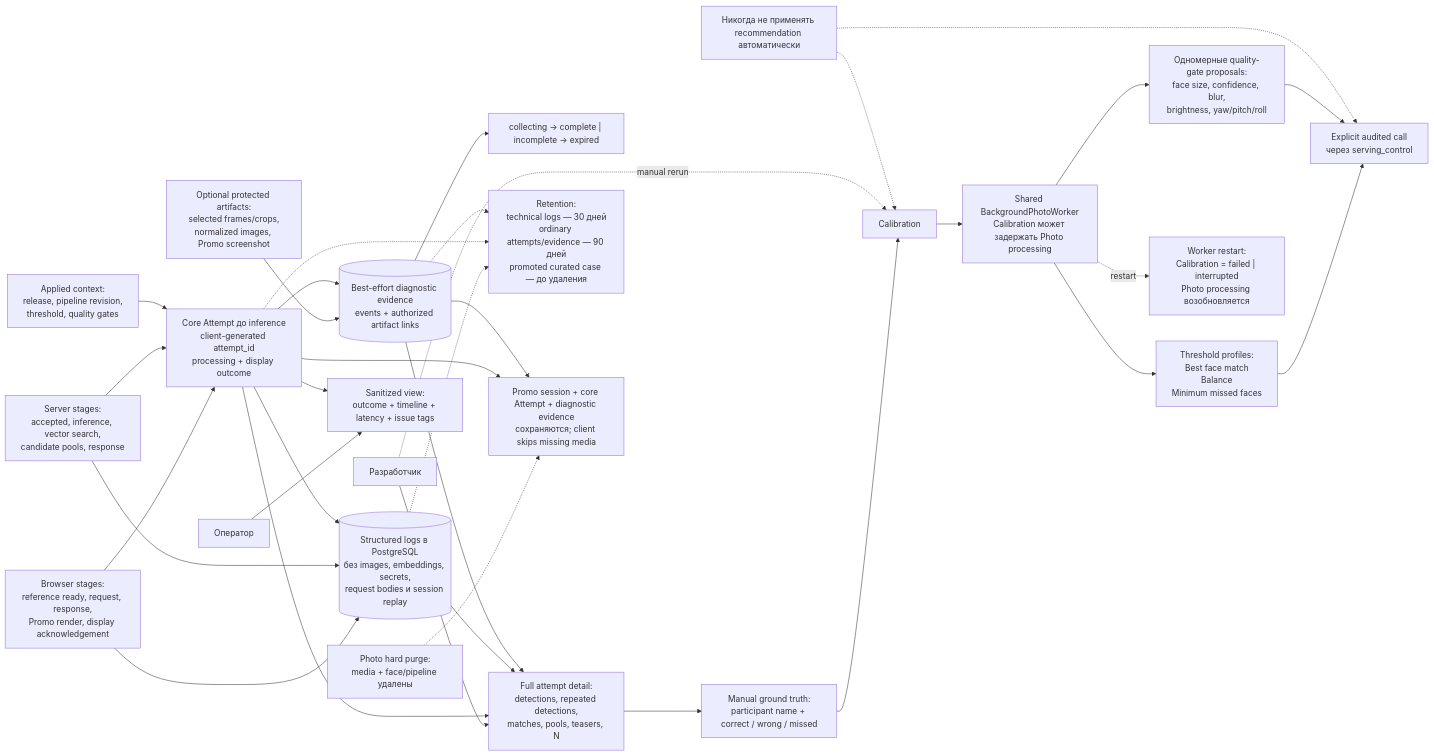
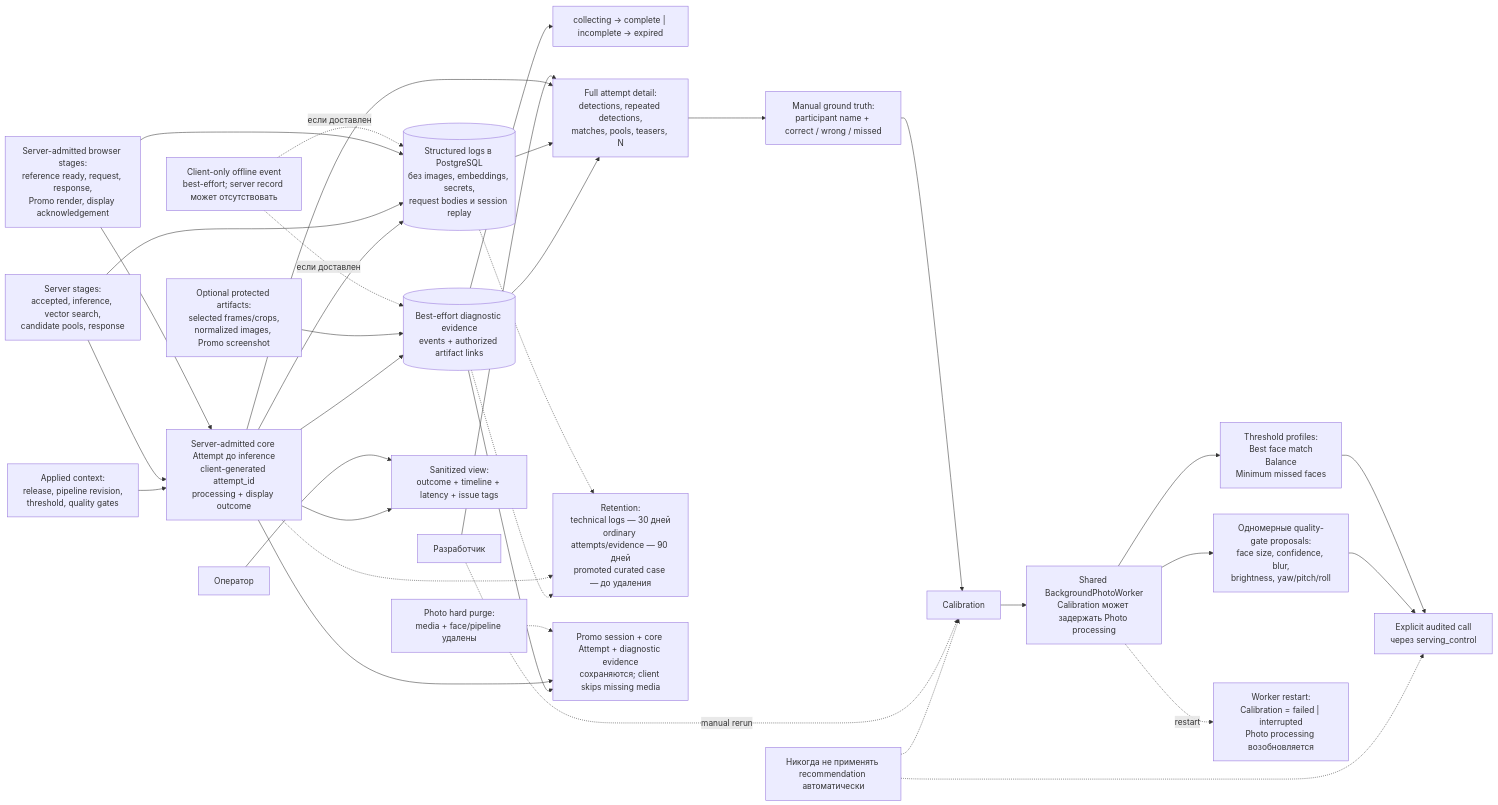
Before and after one commit to nicelight/face_moment: the diagram in mermaids/06-diagnostics-and-calibration.md, drawn with Mermaid. The commit also changed other lines of this file and 3 other files, not shown here.

````diff
--- a/mermaids/06-diagnostics-and-calibration.md
+++ b/mermaids/06-diagnostics-and-calibration.md
@@ -7,64 +8,67 @@
 ```mermaid
 flowchart LR
-    browser["Browser stages:<br/>reference ready, request, response,<br/>Promo render, display acknowledgement"]
+    browser["Server-admitted browser stages:<br/>reference ready, request, response,<br/>Promo render, display acknowledgement"]
     server["Server stages:<br/>accepted, inference, vector search,<br/>candidate pools, response"]
     config["Applied context:<br/>release, pipeline revision,<br/>threshold, quality gates"]
     artifacts["Optional protected artifacts:<br/>selected frames/crops,<br/>normalized images, Promo screenshot"]
 
-    attempt["Core Attempt до inference<br/>client-generated attempt_id<br/>processing + display outcome"]
+    attempt["Server-admitted core Attempt до inference<br/>client-generated attempt_id<br/>processing + display outcome"]
+    offline["Client-only offline event<br/>best-effort; server record может отсутствовать"]
     logs[("Structured logs в PostgreSQL<br/>без images, embeddings, secrets,<br/>request bodies и session replay")]
     evidence[("Best-effort diagnostic evidence<br/>events + authorized artifact links")]
     evidence_state["collecting → complete | incomplete → expired"]
 
     operator["Оператор"]
     developer["Разработчик"]
     sanitized["Sanitized view:<br/>outcome + timeline + latency + issue tags"]
     detail["Full attempt detail:<br/>detections, repeated detections,<br/>matches, pools, teasers, N"]
     annotation["Manual ground truth:<br/>participant name + correct / wrong / missed"]
     calibration["Calibration"]
 
     profiles["Threshold profiles:<br/>Best face match<br/>Balance<br/>Minimum missed faces"]
     gates["Одномерные quality-gate proposals:<br/>face size, confidence, blur,<br/>brightness, yaw/pitch/roll"]
     worker["Shared BackgroundPhotoWorker<br/>Calibration может задержать Photo processing"]
     interrupted["Worker restart:<br/>Calibration = failed | interrupted<br/>Photo processing возобновляется"]
     manual["Explicit audited call<br/>через serving_control"]
 
     browser --> attempt
     server --> attempt
     config --> attempt
+    offline -. "если доставлен" .-> logs
+    offline -. "если доставлен" .-> evidence
     browser --> logs
     server --> logs
     artifacts --> evidence
     attempt --> logs
     attempt --> evidence
     evidence --> evidence_state
 
     operator --> sanitized
     attempt --> sanitized
 
     developer --> detail
     attempt --> detail
     logs --> detail
     evidence --> detail
     detail --> annotation --> calibration
     calibration --> worker
     worker --> profiles --> manual
     worker --> gates --> manual
     worker -. "restart" .-> interrupted
     developer -. "manual rerun" .-> calibration
 
     retention["Retention:<br/>technical logs — 30 дней<br/>ordinary attempts/evidence — 90 дней<br/>promoted curated case — до удаления"]
     logs -.-> retention
     attempt -.-> retention
     evidence -.-> retention
 
     prohibition["Никогда не применять recommendation автоматически"]
     prohibition -.-> calibration
     prohibition -.-> manual
 
     hard_purge["Photo hard purge:<br/>media + face/pipeline удалены"]
     preserved["Promo session + core Attempt + diagnostic evidence<br/>сохраняются; client skips missing media"]
     hard_purge -.-> preserved
     attempt --> preserved
     evidence --> preserved
 ```
````
